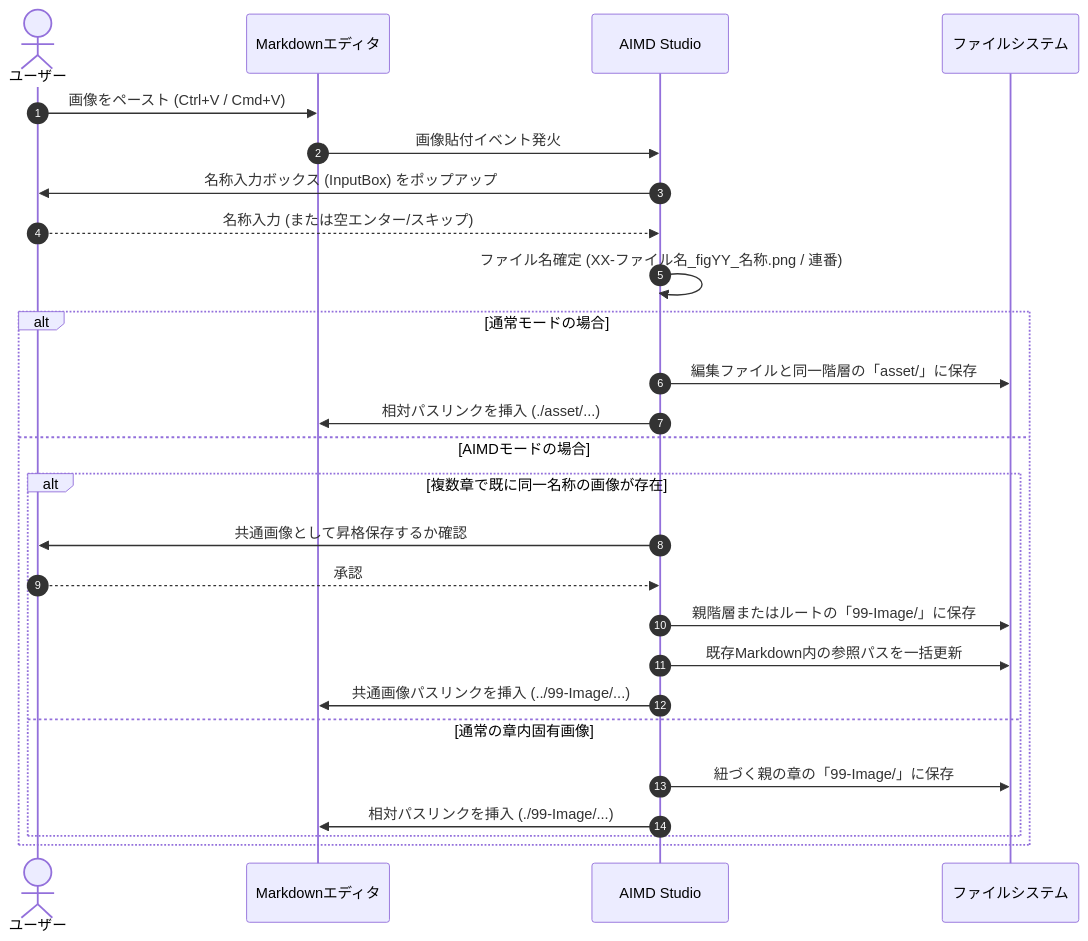
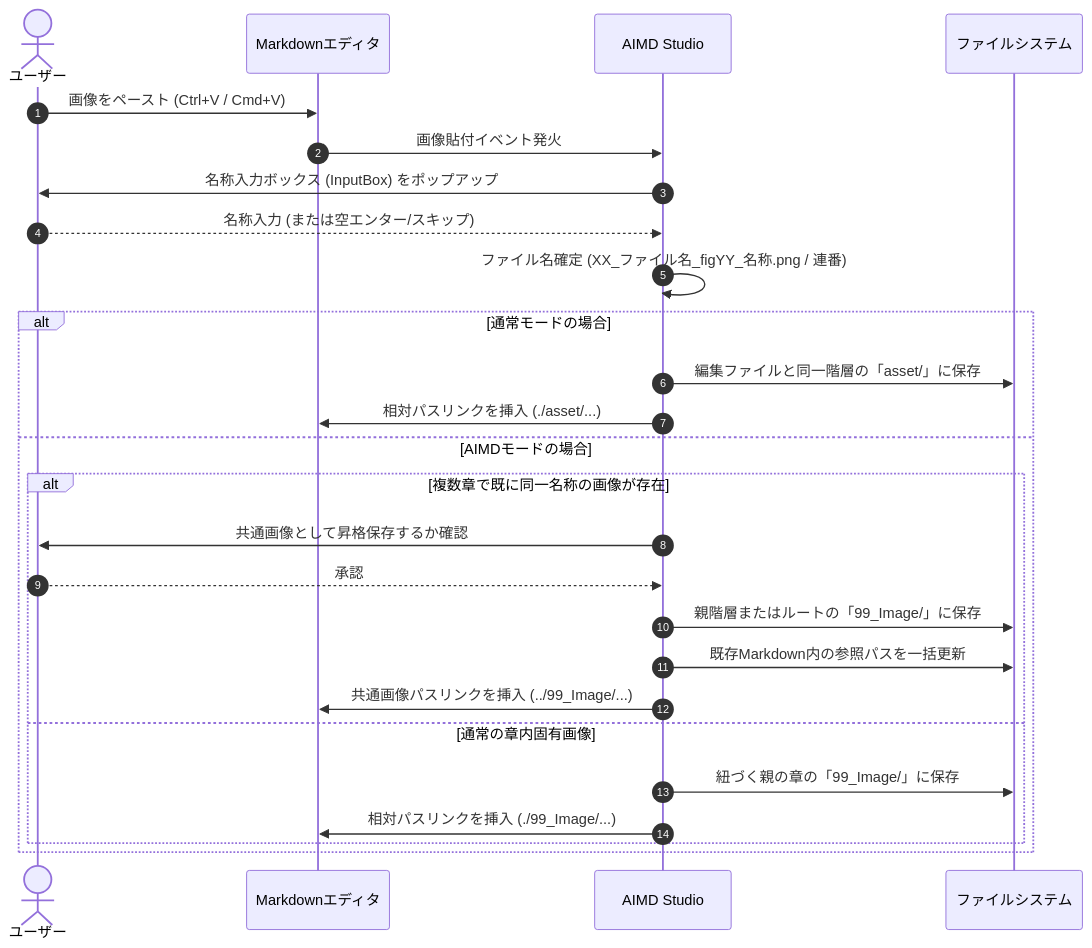
The third of 6 diagrams in 02_要件定義/AIMDStudio.md (kazukig/MarkdownProject), drawn with Mermaid before and after one commit. The commit also changed other lines of this file and 1 other file, not shown here.

````diff
--- a/02_要件定義/AIMDStudio.md
+++ b/02_要件定義/AIMDStudio.md
@@ -164,31 +164,31 @@
 ```mermaid
 sequenceDiagram
     autonumber
     actor ユーザー
     participant Editor as Markdownエディタ
     participant Ext as AIMD Studio
     participant FS as ファイルシステム
 
     ユーザー->>Editor: 画像をペースト (Ctrl+V / Cmd+V)
     Editor->>Ext: 画像貼付イベント発火
     Ext->>ユーザー: 名称入力ボックス (InputBox) をポップアップ
     ユーザー-->>Ext: 名称入力 (または空エンター/スキップ)
     
-    Ext->>Ext: ファイル名確定 (XX-ファイル名_figYY_名称.png / 連番)
+    Ext->>Ext: ファイル名確定 (XX_ファイル名_figYY_名称.png / 連番)
 
     alt 通常モードの場合
         Ext->>FS: 編集ファイルと同一階層の「asset/」に保存
         Ext->>Editor: 相対パスリンクを挿入 (./asset/...)
     else AIMDモードの場合
         alt 複数章で既に同一名称の画像が存在
             Ext->>ユーザー: 共通画像として昇格保存するか確認
             ユーザー-->>Ext: 承認
-            Ext->>FS: 親階層またはルートの「99-Image/」に保存
+            Ext->>FS: 親階層またはルートの「99_Image/」に保存
             Ext->>FS: 既存Markdown内の参照パスを一括更新
-            Ext->>Editor: 共通画像パスリンクを挿入 (../99-Image/...)
+            Ext->>Editor: 共通画像パスリンクを挿入 (../99_Image/...)
         else 通常の章内固有画像
-            Ext->>FS: 紐づく親の章の「99-Image/」に保存
-            Ext->>Editor: 相対パスリンクを挿入 (./99-Image/...)
+            Ext->>FS: 紐づく親の章の「99_Image/」に保存
+            Ext->>Editor: 相対パスリンクを挿入 (./99_Image/...)
         end
     end
 ```
````
